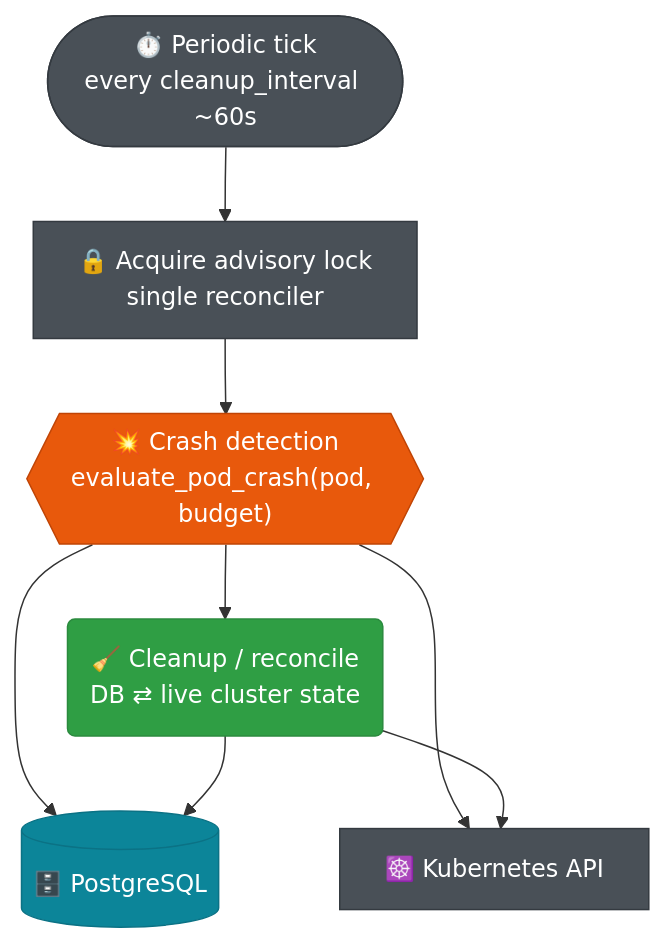
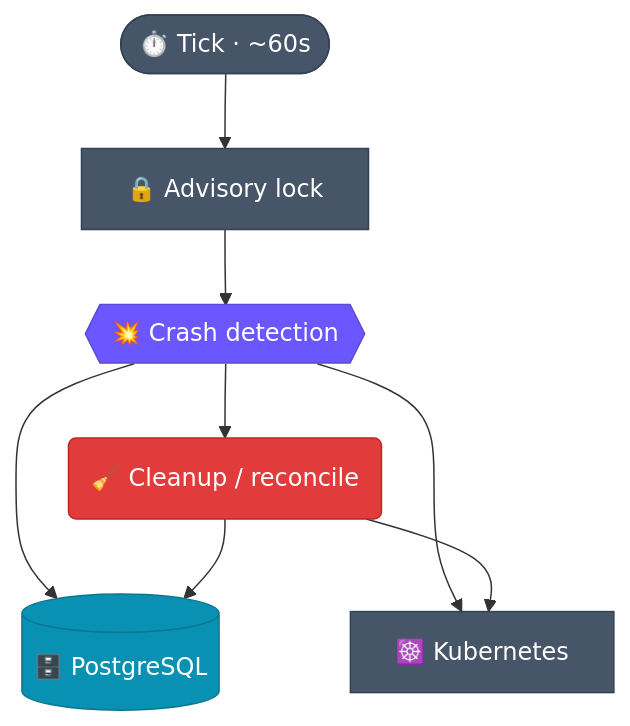
Before and after one commit to JetBrains-Research/idegym: the diagram in website/docs/architecture/watcher.md, drawn with Mermaid. The commit also changed 9 other files, not shown here.

First line of the commit message:
[JBRes-9938] recolor diagrams to brand palette + tighten & un-stretch

````diff
--- a/website/docs/architecture/watcher.md
+++ b/website/docs/architecture/watcher.md
@@ -15,25 +15,25 @@
 ```mermaid
 flowchart TB
-    timer(["⏱️ Periodic tick<br/>every cleanup_interval ~60s"]):::infra
-    lock["🔒 Acquire advisory lock<br/>single reconciler"]:::infra
-    crash{{"💥 Crash detection<br/>evaluate_pod_crash(pod, budget)"}}:::ctrl
-    cleanup("🧹 Cleanup / reconcile<br/>DB ⇄ live cluster state"):::tool
+    timer(["⏱️ Tick · ~60s"]):::infra
+    lock["🔒 Advisory lock"]:::infra
+    crash{{"💥 Crash detection"}}:::ctrl
+    cleanup("🧹 Cleanup / reconcile"):::tool
     db[("🗄️ PostgreSQL")]:::store
-    kapi["☸️ Kubernetes API"]:::infra
+    kapi["☸️ Kubernetes"]:::infra
 
     timer --> lock --> crash --> cleanup
     crash --> db
     crash --> kapi
     cleanup --> db
     cleanup --> kapi
 
-    classDef ctrl fill:#e8590c,stroke:#c04405,color:#fff;
-    classDef tool fill:#2f9e44,stroke:#2b8a3e,color:#fff;
-    classDef store fill:#0c8599,stroke:#0b7285,color:#fff;
-    classDef infra fill:#495057,stroke:#343a40,color:#fff;
+    classDef ctrl fill:#6b57ff,stroke:#5b4bd2,color:#fff;
+    classDef tool fill:#e23b3b,stroke:#c02626,color:#fff;
+    classDef store fill:#0891b2,stroke:#0e7490,color:#fff;
+    classDef infra fill:#475569,stroke:#334155,color:#fff;
 
     click timer "https://github.com/JetBrains-Research/idegym/blob/main/watcher/src/idegym/watcher/main.py" "watcher loop source"
     click crash "https://github.com/JetBrains-Research/idegym/blob/main/watcher/src/idegym/watcher/crash_detector.py" "crash detector source"
     click cleanup "https://github.com/JetBrains-Research/idegym/blob/main/watcher/src/idegym/watcher/cleanup.py" "cleanup source"
     click lock "https://github.com/JetBrains-Research/idegym/blob/main/watcher/src/idegym/watcher/cleanup.py" "advisory lock in cleanup"
 ```
````
